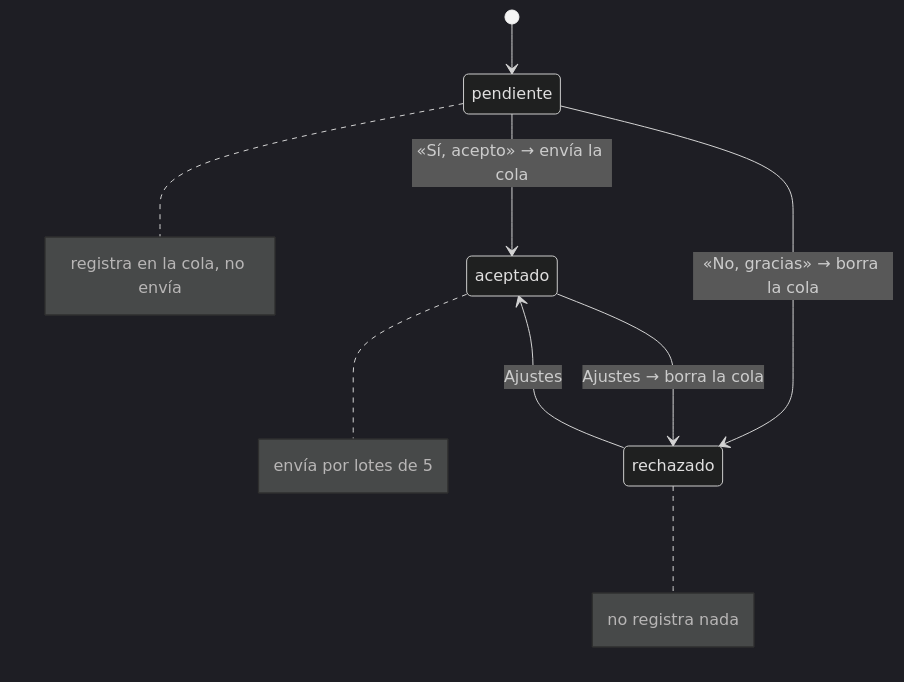
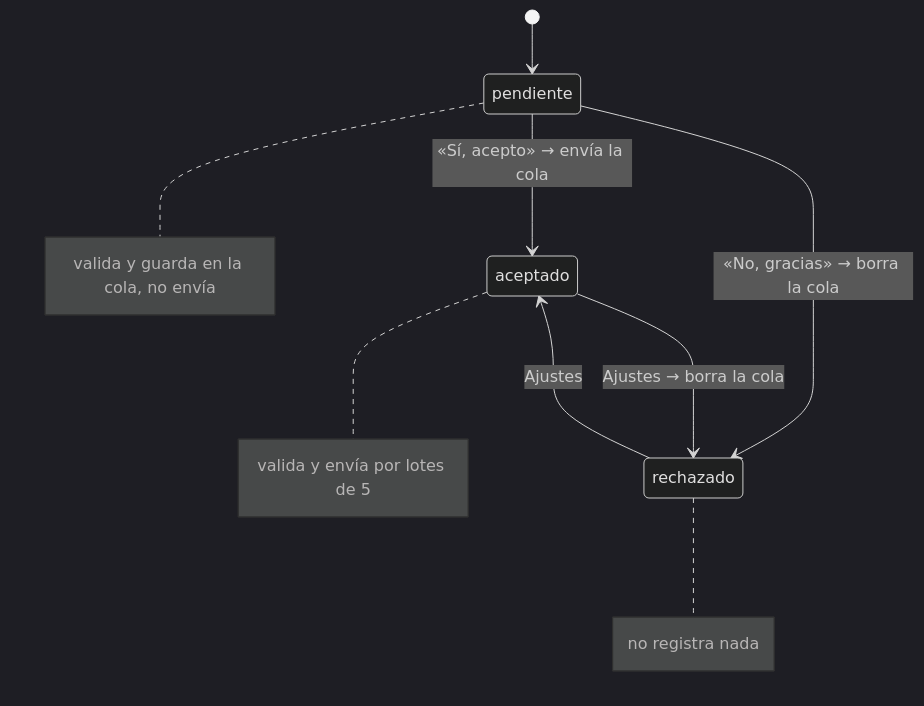
The third of 4 diagrams in web/public/content/flutter/modulo-13.md (NICORUIZ93/The_Imperial_Book), drawn with Mermaid (dark theme) before and after one commit. The commit also changed other lines of this file and 65 other files, not shown here.

````diff
--- a/web/public/content/flutter/modulo-13.md
+++ b/web/public/content/flutter/modulo-13.md
@@ -848,11 +1136,11 @@
 ```mermaid
 stateDiagram-v2
     [*] --> pendiente
     pendiente --> aceptado: «Sí, acepto» → envía la cola
     pendiente --> rechazado: «No, gracias» → borra la cola
     aceptado --> rechazado: Ajustes → borra la cola
     rechazado --> aceptado: Ajustes
-    note right of pendiente: registra en la cola, no envía
-    note right of aceptado: envía por lotes de 5
+    note right of pendiente: valida y guarda en la cola, no envía
+    note right of aceptado: valida y envía por lotes de 5
     note right of rechazado: no registra nada
 ```
````
